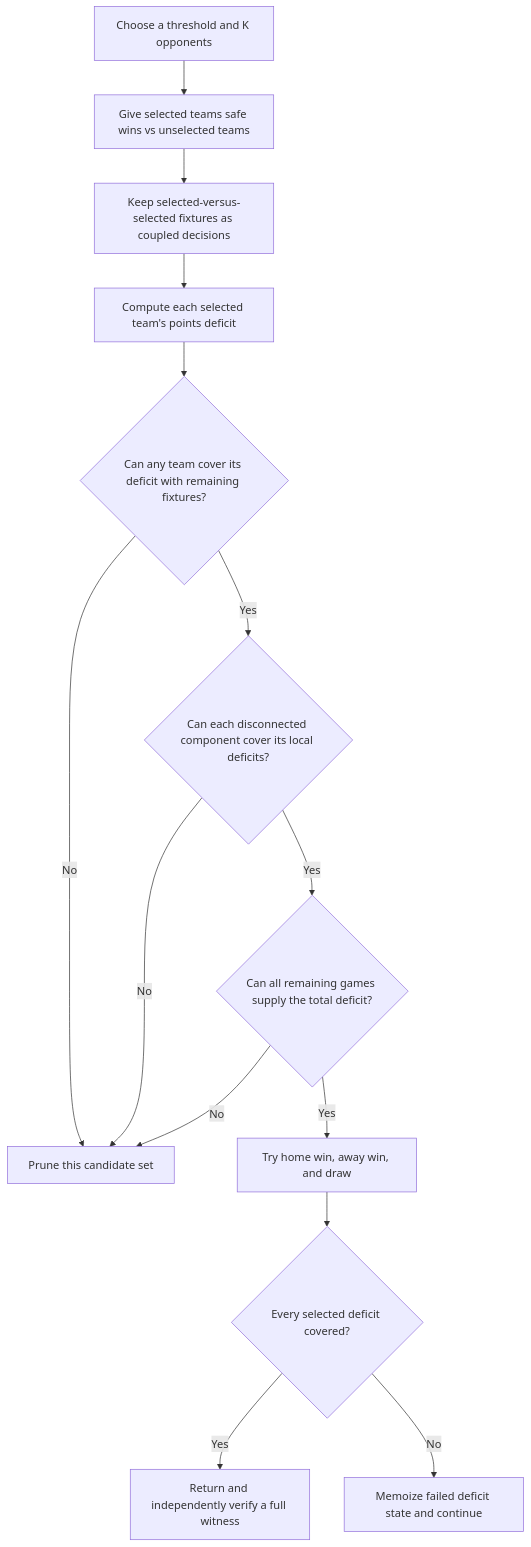
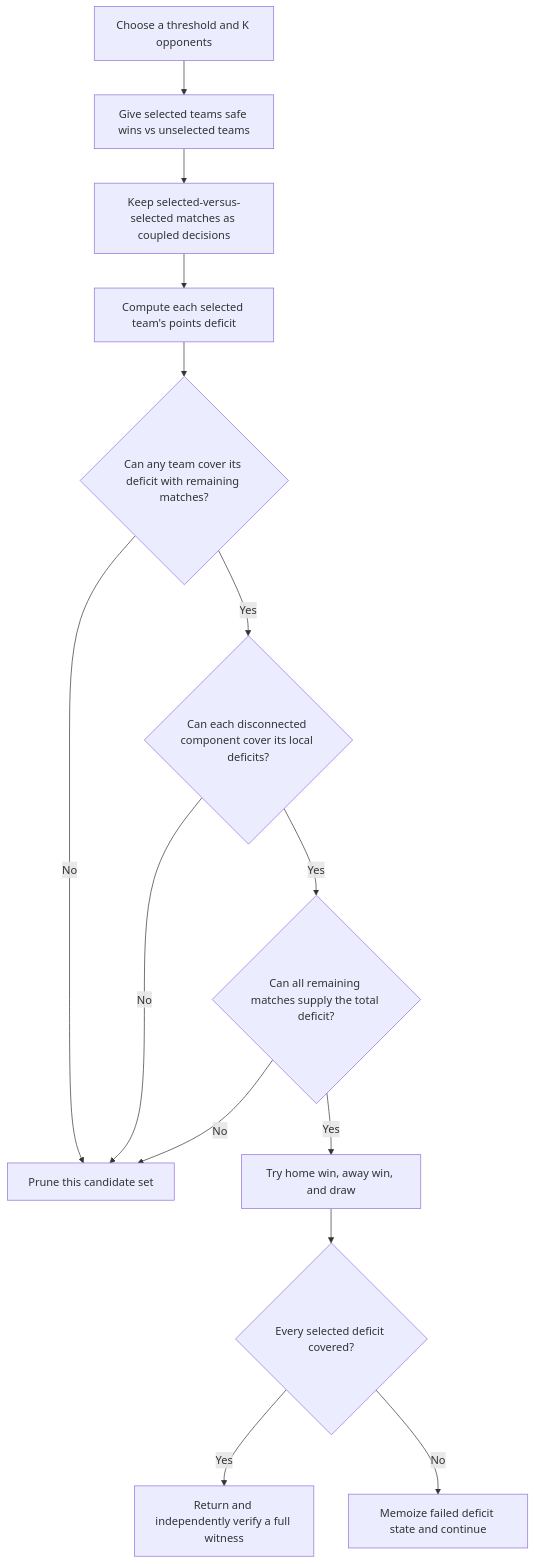
One commit to jrduncans/nwsl-season changed the fourth of 5 diagrams in docs/clinching-logic-guide.md. Above: the diagram before and after it, drawn with Mermaid. The commit also changed other lines of this file and 10 other files, not shown here.

````diff
--- a/docs/clinching-logic-guide.md
+++ b/docs/clinching-logic-guide.md
@@ -149,16 +149,16 @@
 ```mermaid
 flowchart TD
     A["Choose a threshold and K opponents"] --> B["Give selected teams safe wins vs unselected teams"]
-    B --> C["Keep selected-versus-selected fixtures as coupled decisions"]
+    B --> C["Keep selected-versus-selected matches as coupled decisions"]
     C --> D["Compute each selected team's points deficit"]
-    D --> E{"Can any team cover its deficit with remaining fixtures?"}
+    D --> E{"Can any team cover its deficit with remaining matches?"}
     E -->|No| F["Prune this candidate set"]
     E -->|Yes| G{"Can each disconnected component cover its local deficits?"}
     G -->|No| F
-    G -->|Yes| H{"Can all remaining games supply the total deficit?"}
+    G -->|Yes| H{"Can all remaining matches supply the total deficit?"}
     H -->|No| F
     H -->|Yes| I["Try home win, away win, and draw"]
     I --> J{"Every selected deficit covered?"}
     J -->|Yes| K["Return and independently verify a full witness"]
     J -->|No| L["Memoize failed deficit state and continue"]
 ```
````
